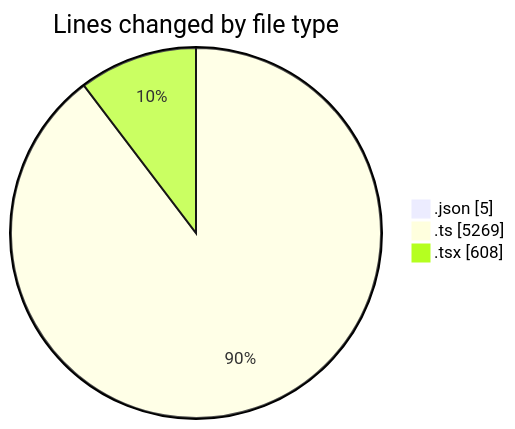
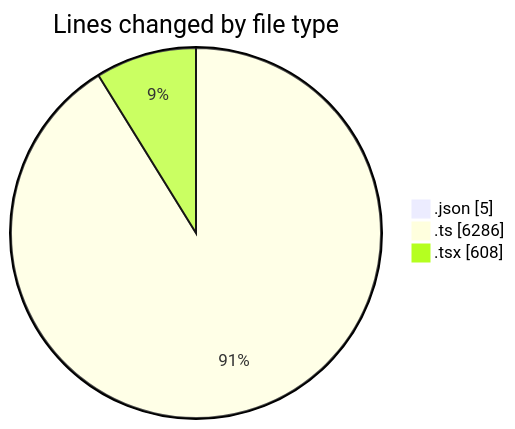
The first of 2 diagrams in 2025-05-09/ecodeli/README.md (CELIANVF/code-tracking), drawn with Mermaid before and after one commit. The commit also changed other lines of this file and 1 other file, not shown here.

````diff
--- a/2025-05-09/ecodeli/README.md
+++ b/2025-05-09/ecodeli/README.md
@@ -26,7 +26,7 @@
 ```mermaid
 pie showData
 title Lines changed by file type
 ".json" : 5
-".ts" : 5269
+".ts" : 6286
 ".tsx" : 608
 ```
````
